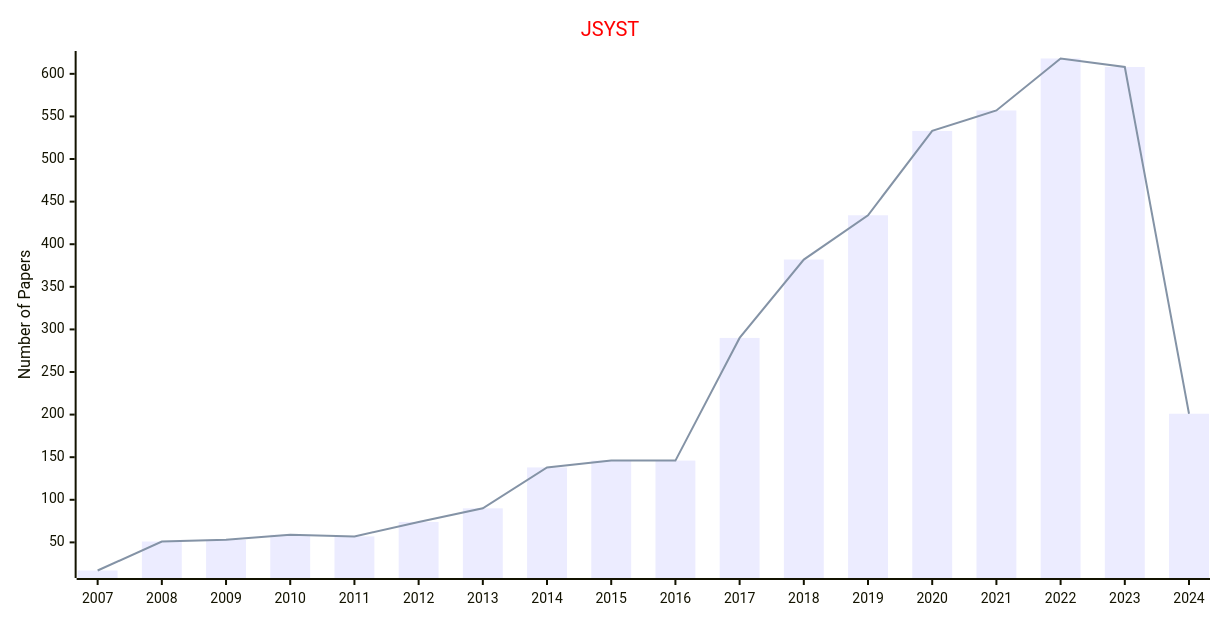
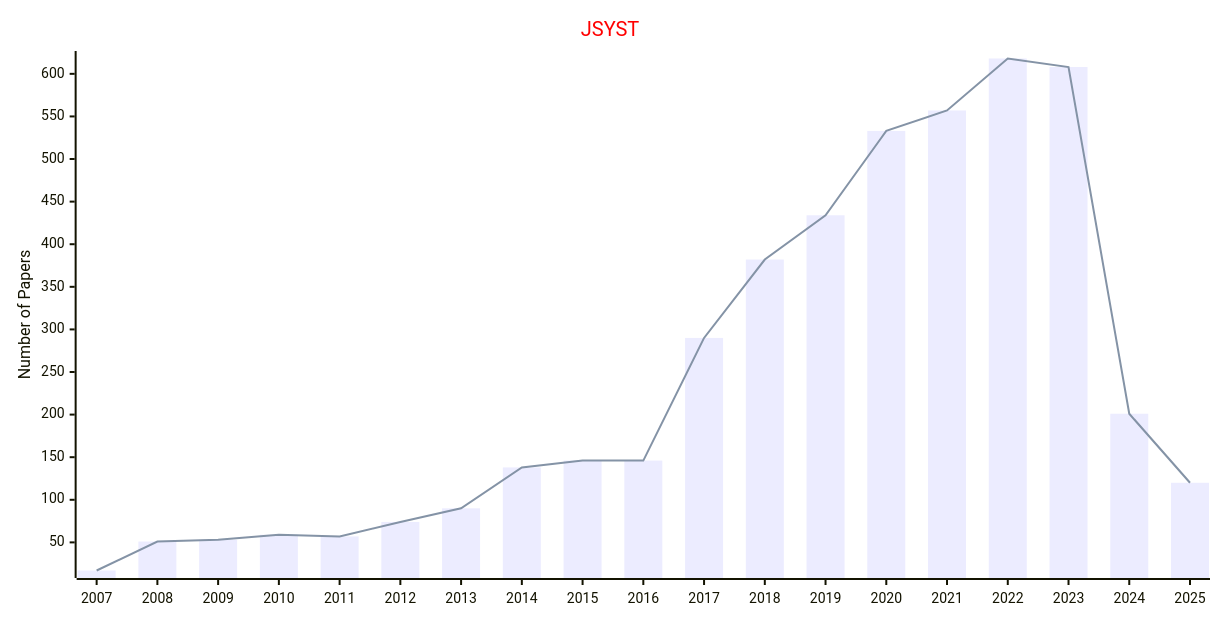
Before and after one commit to Easy-PhD/AILinks: the second of 52 diagrams in docs/data/Journals/Publishers_Journals/IEEE.md, drawn with Mermaid. The commit also changed other lines of this file and 107 other files, not shown here.

````diff
--- a/docs/data/Journals/Publishers_Journals/IEEE.md
+++ b/docs/data/Journals/Publishers_Journals/IEEE.md
@@ -35,17 +35,17 @@
 ```mermaid
 ---
 config:
     xyChart:
         width: 1200
         height: 600
     themeVariables:
         xyChart:
             titleColor: "#ff0000"
 ---
 xychart-beta
     title "JSYST"
-    x-axis [2007, 2008, 2009, 2010, 2011, 2012, 2013, 2014, 2015, 2016, 2017, 2018, 2019, 2020, 2021, 2022, 2023, 2024]
+    x-axis [2007, 2008, 2009, 2010, 2011, 2012, 2013, 2014, 2015, 2016, 2017, 2018, 2019, 2020, 2021, 2022, 2023, 2024, 2025]
     y-axis "Number of Papers"
-    bar [17, 51, 53, 59, 57, 74, 90, 138, 146, 146, 290, 382, 434, 533, 557, 618, 608, 201]
-    line [17, 51, 53, 59, 57, 74, 90, 138, 146, 146, 290, 382, 434, 533, 557, 618, 608, 201]
+    bar [17, 51, 53, 59, 57, 74, 90, 138, 146, 146, 290, 382, 434, 533, 557, 618, 608, 201, 120]
+    line [17, 51, 53, 59, 57, 74, 90, 138, 146, 146, 290, 382, 434, 533, 557, 618, 608, 201, 120]
 ```
````
